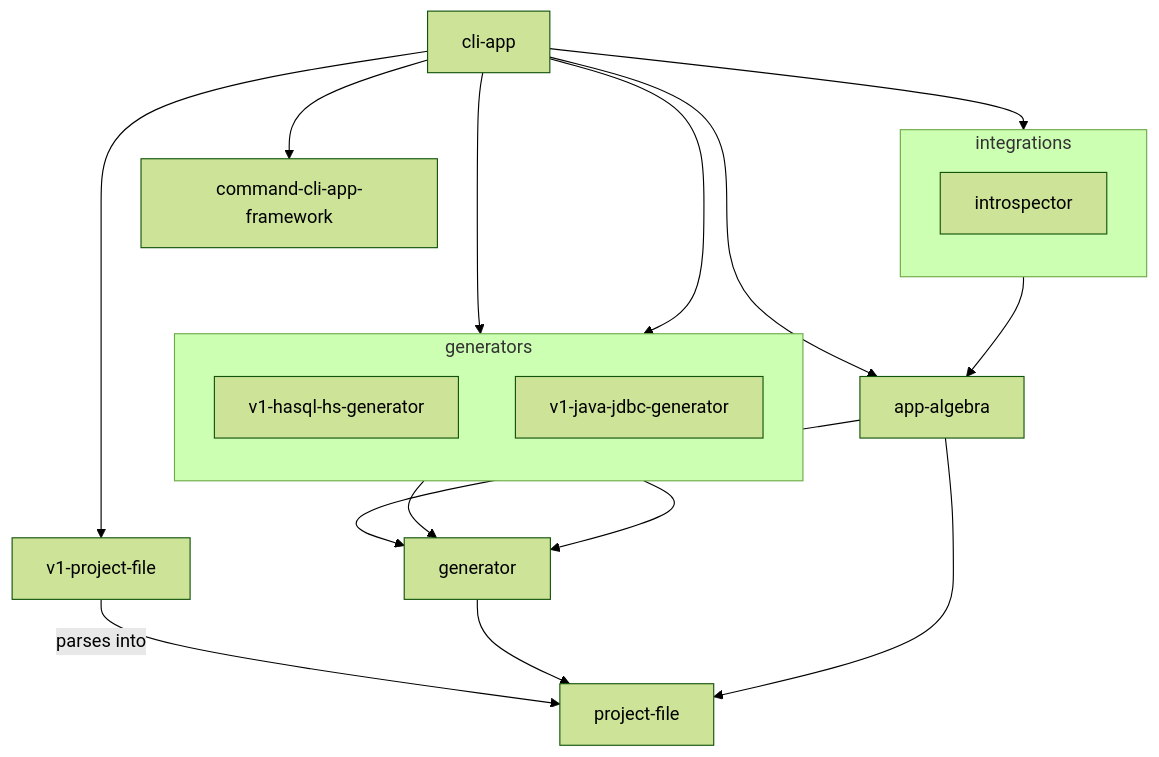
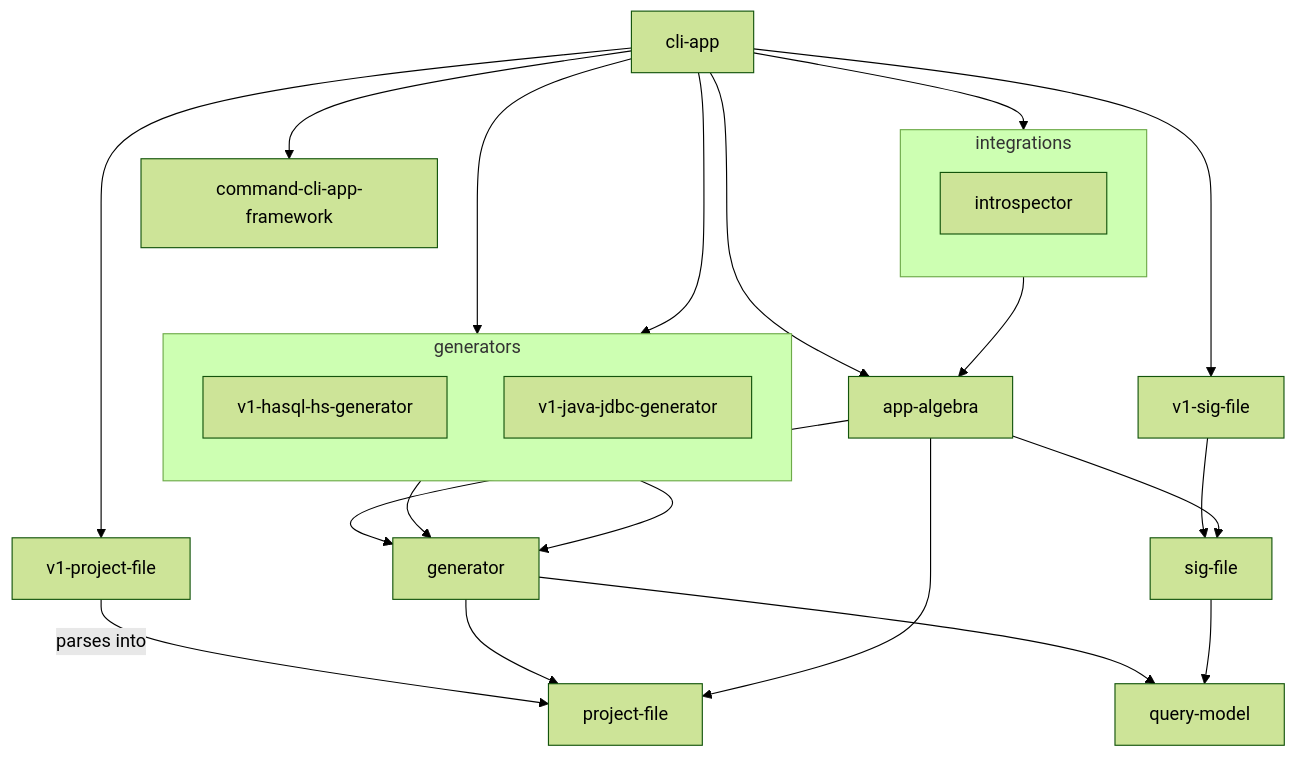
Before and after one commit to pgenie-io/pgenie: the diagram in design/lib-deps.mmd, drawn with Mermaid (forest theme).

Commit message:
Update lib-deps

```diff
--- a/design/lib-deps.mmd
+++ b/design/lib-deps.mmd
@@ -1,29 +1,33 @@
 flowchart TD
 
-
+cli-app --> v1-project-file
+cli-app --> v1-hasql-hs-generator
+cli-app --> v1-java-jdbc-generator
+cli-app --> app-algebra
+cli-app --> introspector
+cli-app--> v1-sig-file
+cli-app --> command-cli-app-framework
 v1-project-file -- parses into --> project-file
 generator --> project-file
+generator --> query-model
 v1-hasql-hs-generator --> generator
 v1-java-jdbc-generator --> generator
-cli-app --> v1-hasql-hs-generator
-cli-app --> v1-java-jdbc-generator
+app-algebra --> generator
 app-algebra --> project-file
-app-algebra --> generator
-cli-app --> app-algebra
-cli-app --> introspector
-cli-app --> v1-project-file
-cli-app --> command-cli-app-framework
+v1-sig-file --> sig-file
+app-algebra --> sig-file
+sig-file --> query-model
 introspector --> app-algebra
 
 
 subgraph generators
   direction TB
   v1-hasql-hs-generator
   v1-java-jdbc-generator
 end
 
 subgraph integrations
   direction TB
   introspector
 
 end
```
